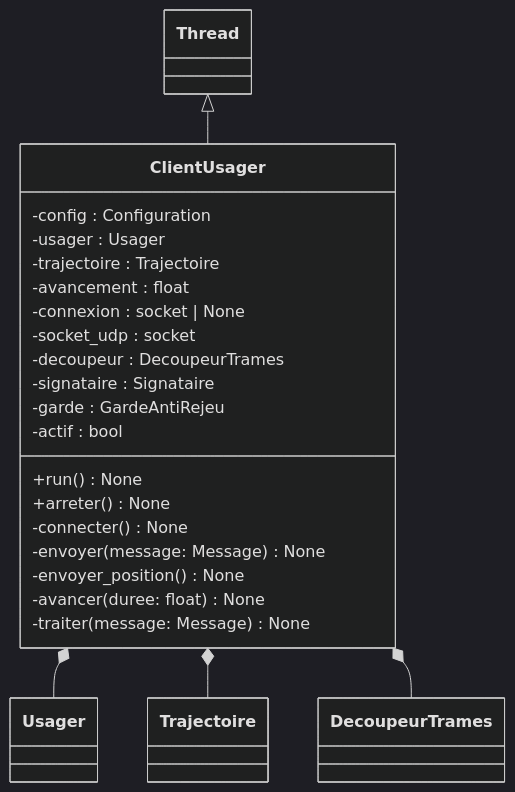
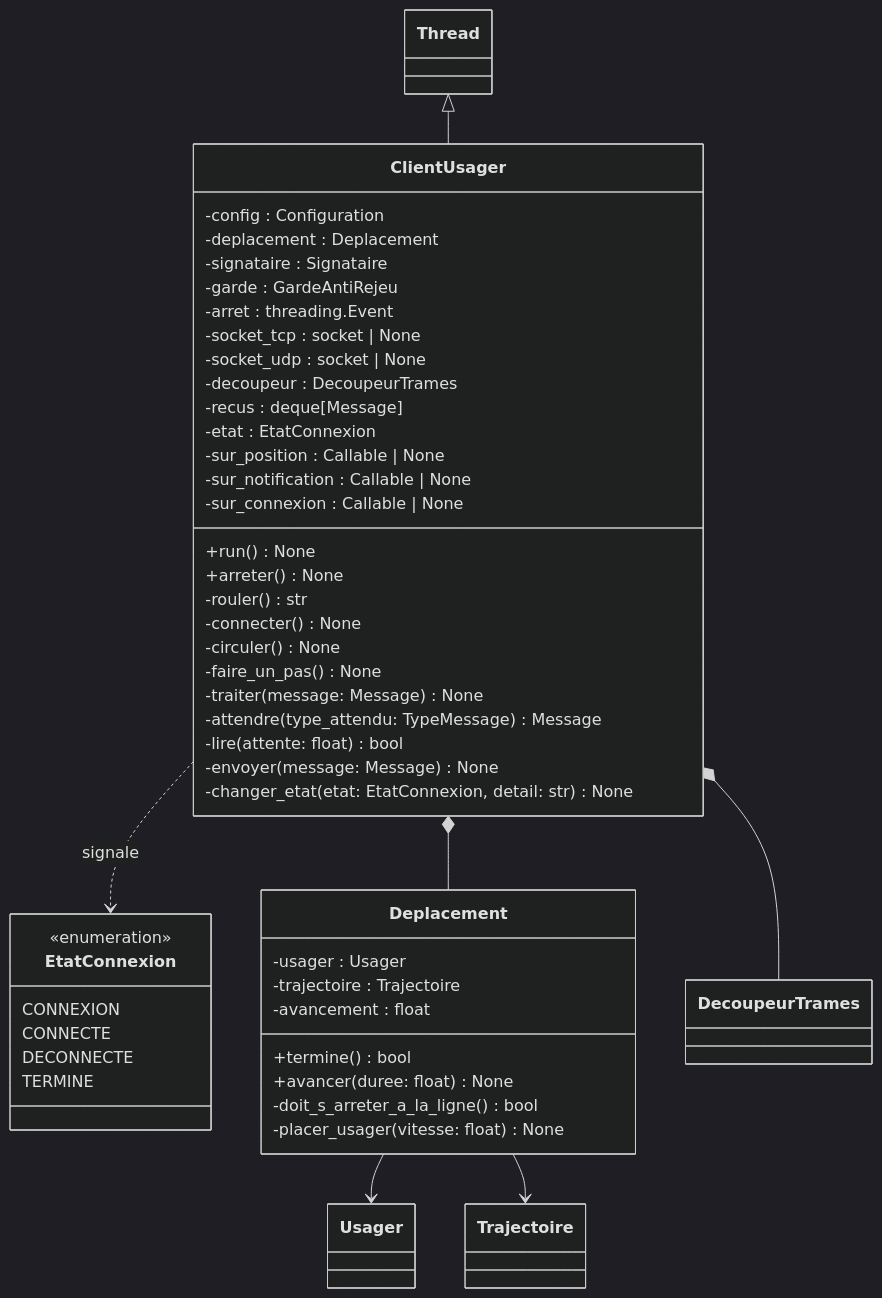
Before and after one commit to vRayzix/SAE3.02_Developper-une-application-communicante: the eighth of 9 diagrams in docs/uml.md, drawn with Mermaid (dark theme). The commit also changed other lines of this file, not shown here.

Commit message:
docs(uml): client usager, déplacement et fonctions de rappel

````diff
--- a/docs/uml.md
+++ b/docs/uml.md
@@ -480,28 +484,56 @@
 ```mermaid
 classDiagram
     class Thread
+
+    class EtatConnexion {
+        <<enumeration>>
+        CONNEXION
+        CONNECTE
+        DECONNECTE
+        TERMINE
+    }
+
     class ClientUsager {
         -config : Configuration
+        -deplacement : Deplacement
+        -signataire : Signataire
+        -garde : GardeAntiRejeu
+        -arret : threading.Event
+        -socket_tcp : socket | None
+        -socket_udp : socket | None
+        -decoupeur : DecoupeurTrames
+        -recus : deque[Message]
+        -etat : EtatConnexion
+        -sur_position : Callable | None
+        -sur_notification : Callable | None
+        -sur_connexion : Callable | None
+        +run() None
+        +arreter() None
+        -rouler() str
+        -connecter() None
+        -circuler() None
+        -faire_un_pas() None
+        -traiter(message: Message) None
+        -attendre(type_attendu: TypeMessage) Message
+        -lire(attente: float) bool
+        -envoyer(message: Message) None
+        -changer_etat(etat: EtatConnexion, detail: str) None
+    }
+
+    class Deplacement {
         -usager : Usager
         -trajectoire : Trajectoire
         -avancement : float
-        -connexion : socket | None
-        -socket_udp : socket
-        -decoupeur : DecoupeurTrames
-        -signataire : Signataire
-        -garde : GardeAntiRejeu
-        -actif : bool
-        +run() None
-        +arreter() None
-        -connecter() None
-        -envoyer(message: Message) None
-        -envoyer_position() None
-        -avancer(duree: float) None
-        -traiter(message: Message) None
+        +termine() bool
+        +avancer(duree: float) None
+        -doit_s_arreter_a_la_ligne() bool
+        -placer_usager(vitesse: float) None
     }
 
     Thread <|-- ClientUsager
-    ClientUsager *-- Usager
-    ClientUsager *-- Trajectoire
+    ClientUsager *-- Deplacement
+    ClientUsager ..> EtatConnexion : signale
     ClientUsager *-- DecoupeurTrames
+    Deplacement --> Usager
+    Deplacement --> Trajectoire
 ```
````
